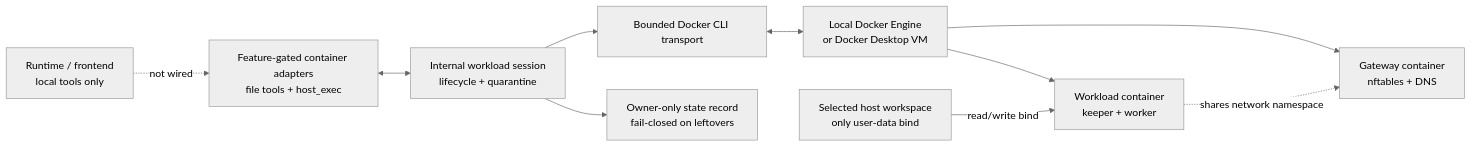
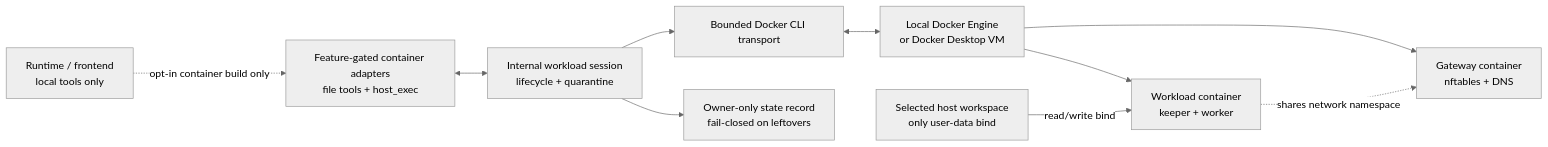
Before and after one commit to immane/nexus-agent: the second of 3 diagrams in README.md, drawn with Mermaid (neutral theme). The commit also changed other lines of this file and 22 other files, not shown here.

````diff
--- a/README.md
+++ b/README.md
@@ -101,22 +101,22 @@
 ```mermaid
 flowchart LR
     Runtime["Runtime / frontend<br/>local tools only"]
     ContainerTools["Feature-gated container adapters<br/>file tools + host_exec"]
     Session["Internal workload session<br/>lifecycle + quarantine"]
     Transport["Bounded Docker CLI transport"]
     Owner["Owner-only state record<br/>fail-closed on leftovers"]
     Daemon["Local Docker Engine<br/>or Docker Desktop VM"]
     Gateway["Gateway container<br/>nftables + DNS"]
     Workload["Workload container<br/>keeper + worker"]
     Workspace["Selected host workspace<br/>only user-data bind"]
 
-    Runtime -. "not wired" .-> ContainerTools
+    Runtime -. "opt-in container build only" .-> ContainerTools
     ContainerTools <--> Session
     Session --> Transport
     Session --> Owner
     Transport <--> Daemon
     Daemon --> Gateway
     Daemon --> Workload
     Workload -. "shares network namespace" .-> Gateway
     Workspace -->|"read/write bind"| Workload
 ```
````
